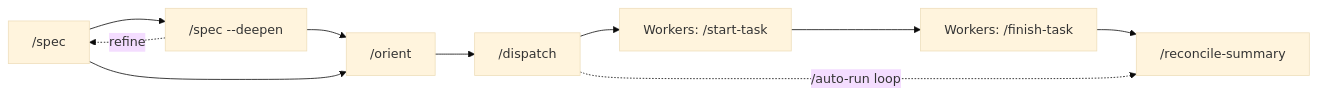
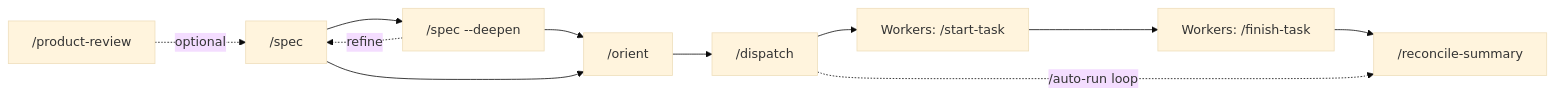
One commit to josephneumann/claude-config changed the diagram in README.md. Above: the diagram before and after it, drawn with Mermaid (base theme). The commit also changed other lines of this file, not shown here.

First line of the commit message:
docs: update README with new agents, /product-review, and DESIGN mode

````diff
--- a/README.md
+++ b/README.md
@@ -77,12 +77,13 @@
 ```mermaid
 graph LR
+    PR["/product-review"] -.->|"optional"| A
     A["/spec"] --> B["/spec --deepen"]
     B -.->|"refine"| A
     B --> D["/orient"]
     A --> D
     D --> E["/dispatch"]
     E --> F["Workers: /start-task"]
     F --> G["Workers: /finish-task"]
     G --> H["/reconcile-summary"]
     E -.->|"/auto-run loop"| H
 ```
````
